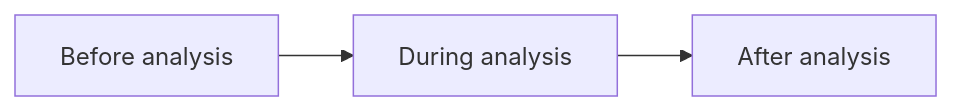
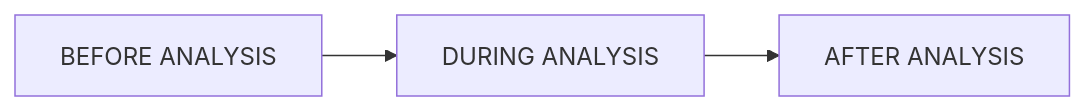
The diagram in materials/03-practices.qmd (cgranell/orr), drawn with Mermaid before and after one commit. The commit also changed other lines of this file and 2 other files, not shown here.

Commit message:
fix: fig link broken

````diff
--- a/materials/03-practices.qmd
+++ b/materials/03-practices.qmd
@@ -11,8 +13,8 @@
 ```{mermaid}
+%%| fig-caption: "Three stages of a research project. Source: [@alston2021]."
 %%| fig-width: 6.5
 %%| fig-align: center
-%%| fig-caption: "Three stages of a research project. Source: [@alston2021]."
 flowchart LR
-  A[Before analysis] --> B[During analysis]
-  B --> C[After analysis]
+  A[BEFORE ANALYSIS] --> B[DURING ANALYSIS]
+  B --> C[AFTER ANALYSIS]
 ```
````
